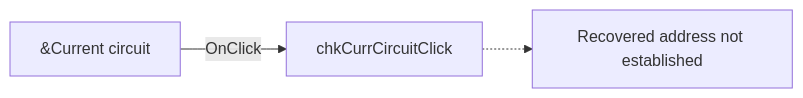
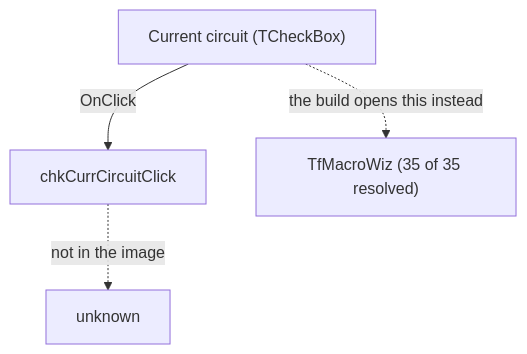
Before and after one commit to MovGP0/TIARA: the diagram in docs/ui-controls/newmacrocompform/chkcurrcircuit-dce39153d8.md, drawn with Mermaid. The commit also changed other lines of this file and 106 other files, not shown here.

````diff
--- a/docs/ui-controls/newmacrocompform/chkcurrcircuit-dce39153d8.md
+++ b/docs/ui-controls/newmacrocompform/chkcurrcircuit-dce39153d8.md
@@ -27,5 +31,6 @@
 ```mermaid
-flowchart LR
-    control["&Current circuit"] -->|OnClick| handler["chkCurrCircuitClick"]
-    handler -.-> unresolved["Recovered address not established"]
+flowchart TD
+    control["Current circuit (TCheckBox)"] -->|"OnClick"| handler["chkCurrCircuitClick"]
+    handler -.->|"not in the image"| gone["unknown"]
+    control -.->|"the build opens this instead"| modern["TfMacroWiz (35 of 35 resolved)"]
 ```
````
